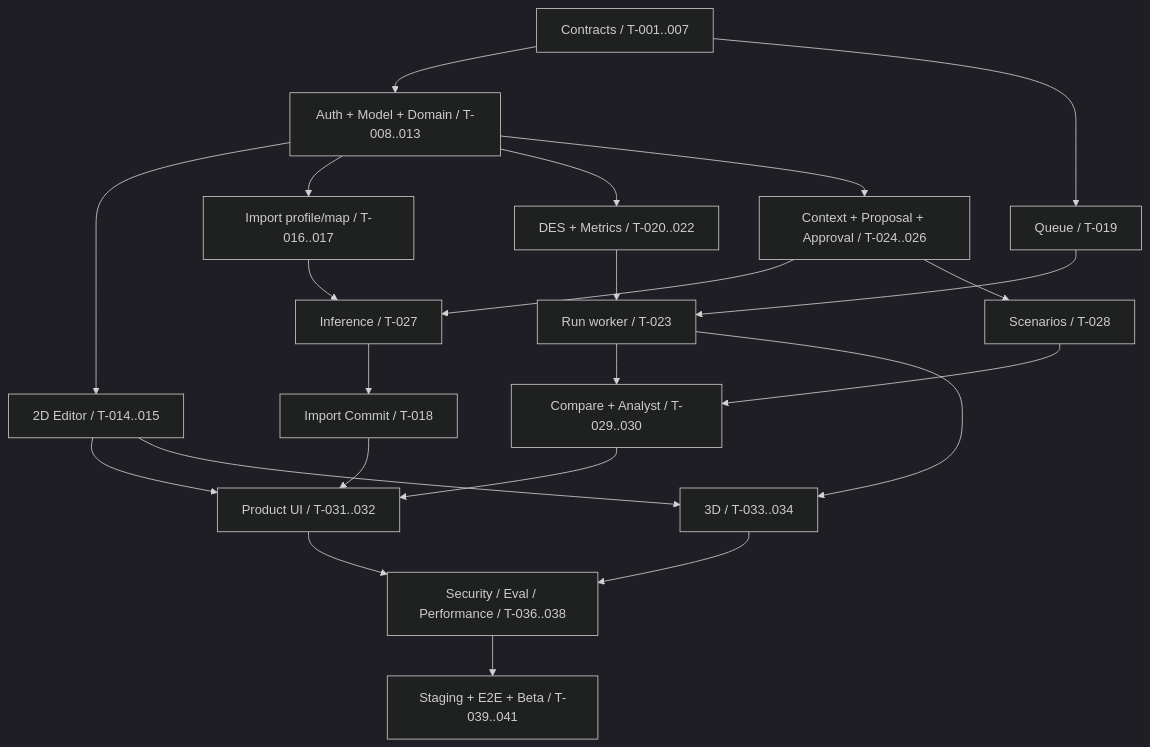
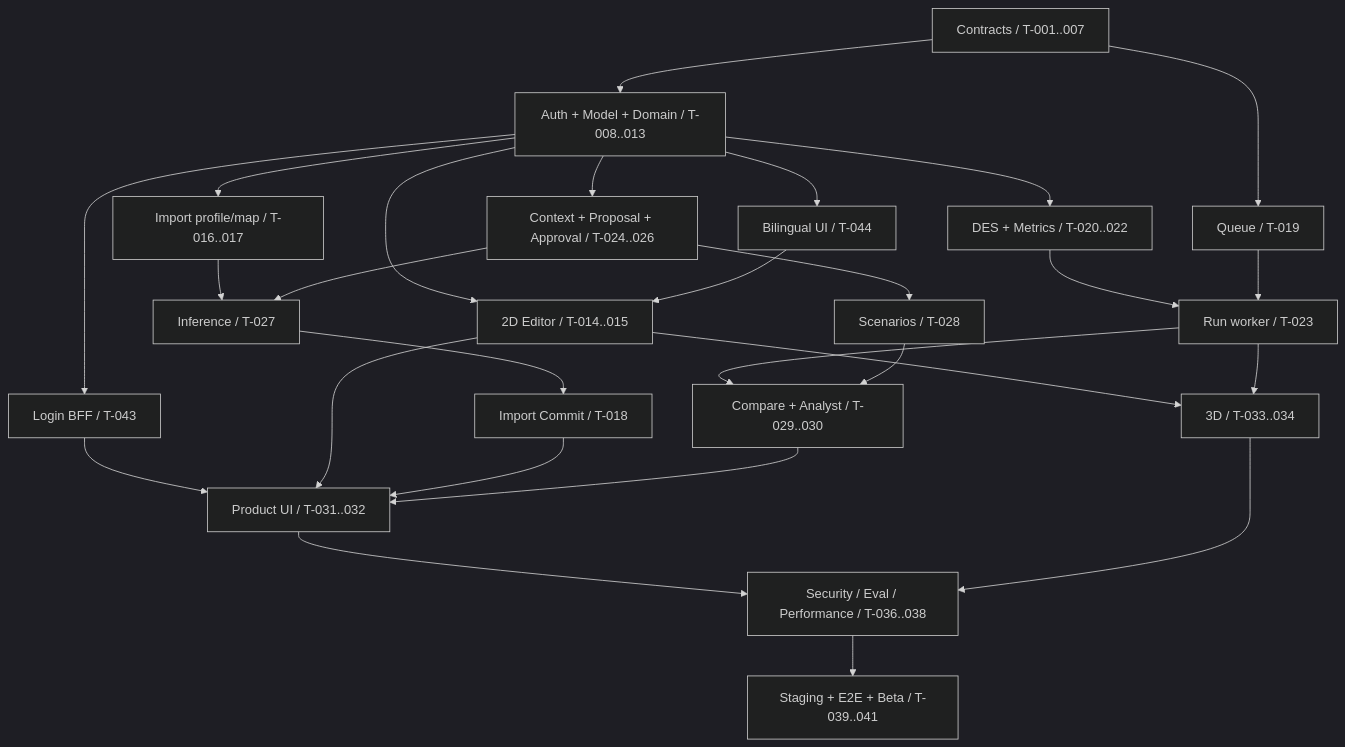
One commit to KCL1104/Geminus changed the diagram in docs/IMPLEMENTATION_PLAN.md. Above: the diagram before and after it, drawn with Mermaid (dark theme). The commit also changed other lines of this file and 22 other files, not shown here.

````diff
--- a/docs/IMPLEMENTATION_PLAN.md
+++ b/docs/IMPLEMENTATION_PLAN.md
@@ -13,25 +13,29 @@
 ```mermaid
 flowchart TD
   C[Contracts / T-001..007] --> V[Auth + Model + Domain / T-008..013]
   V --> E[2D Editor / T-014..015]
+  V --> L[Login BFF / T-043]
+  V --> L10N[Bilingual UI / T-044]
+  L10N --> E
+  L --> UI
   V --> I[Import profile/map / T-016..017]
   V --> S[DES + Metrics / T-020..022]
   C --> J[Queue / T-019]
   S --> RUN[Run worker / T-023]
   J --> RUN
   V --> AI[Context + Proposal + Approval / T-024..026]
   I --> INF[Inference / T-027]
   AI --> INF
   INF --> COMMIT[Import Commit / T-018]
   AI --> SC[Scenarios / T-028]
   RUN --> RES[Compare + Analyst / T-029..030]
   SC --> RES
   E --> UI[Product UI / T-031..032]
   COMMIT --> UI
   RES --> UI
   E --> D3[3D / T-033..034]
   RUN --> D3
   UI --> G[Security / Eval / Performance / T-036..038]
   D3 --> G
   G --> B[Staging + E2E + Beta / T-039..041]
 ```
````
